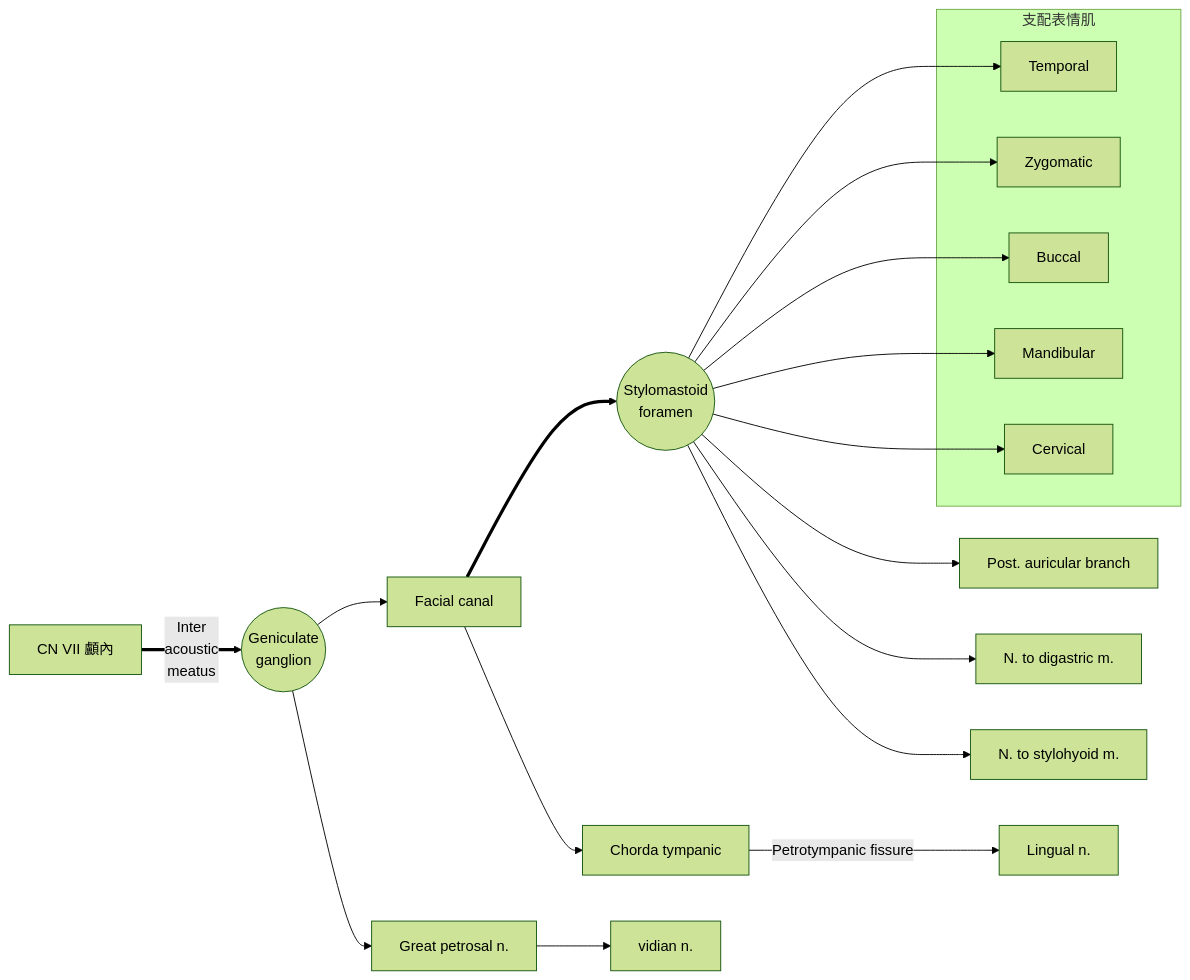
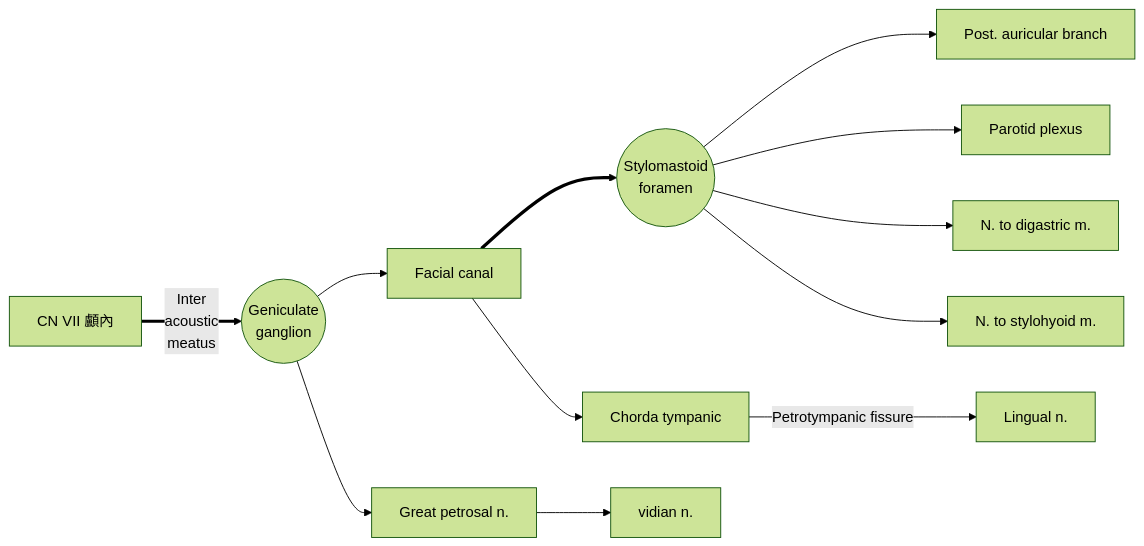
One commit to hsiu-chan/notebook changed the tenth of 21 diagrams in notes/口解.md. Above: the diagram before and after it, drawn with Mermaid (forest theme). The commit also changed other lines of this file and 4 other files, not shown here.

````diff
--- a/notes/口解.md
+++ b/notes/口解.md
@@ -479,31 +483,23 @@
 ```mermaid
 flowchart LR
 0[CN VII 顱內]
 1((Geniculate<br>ganglion))
 c((Stylomastoid<br>foramen))
 pab[Post. auricular branch]
 nd[N. to digastric m.]
 ns[N. to stylohyoid m.]
 
-subgraph ff[支配表情肌]
-d[Temporal]
-e[Zygomatic]
-f[Buccal]
-g[Mandibular]
-cc[Cervical]
-end
+
 
 0==>|Inter<br>acoustic<br>meatus|1
 c-->pab
 fc==>c
 fc-->ct[Chorda tympanic]--Petrotympanic fissure-->l[Lingual n.]
 1-->gp[Great petrosal n.]-->v[vidian n.]
-c-->d
-c-->e
-c-->f
-c-->g
-c-->cc & nd & ns
+c-->ff[Parotid plexus]
+
+c-->nd & ns
 1-->fc[Facial canal]
 click l "#posterior-division"
 click c "#temporal-bone"
 ```
````
